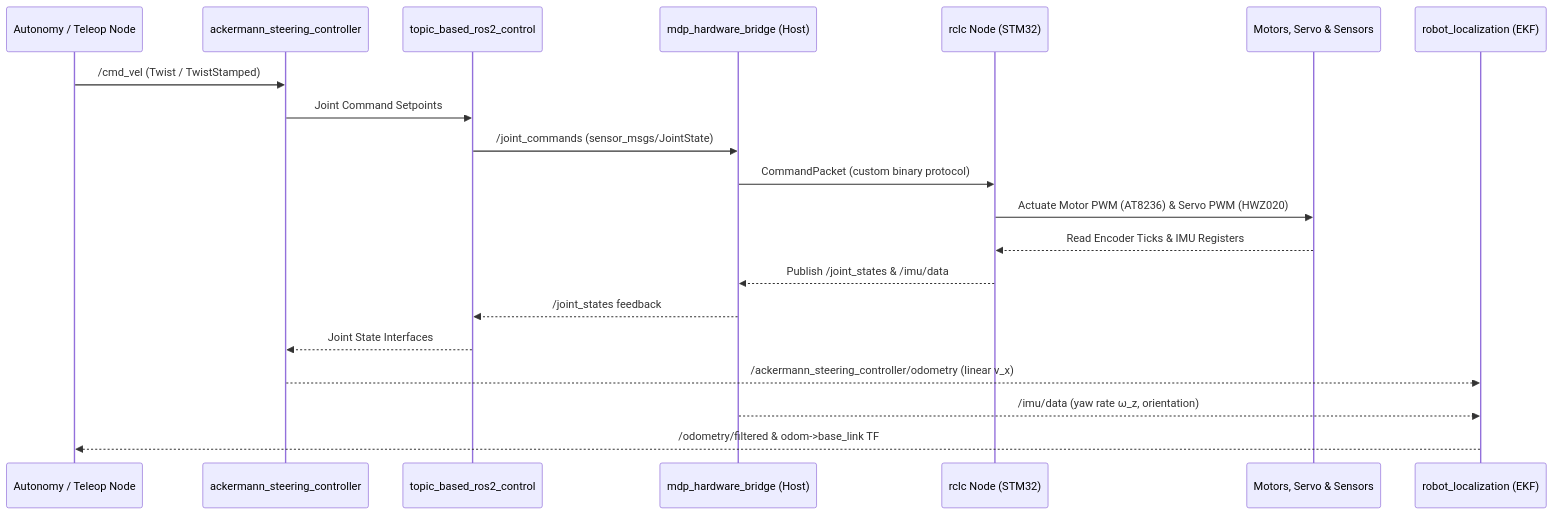
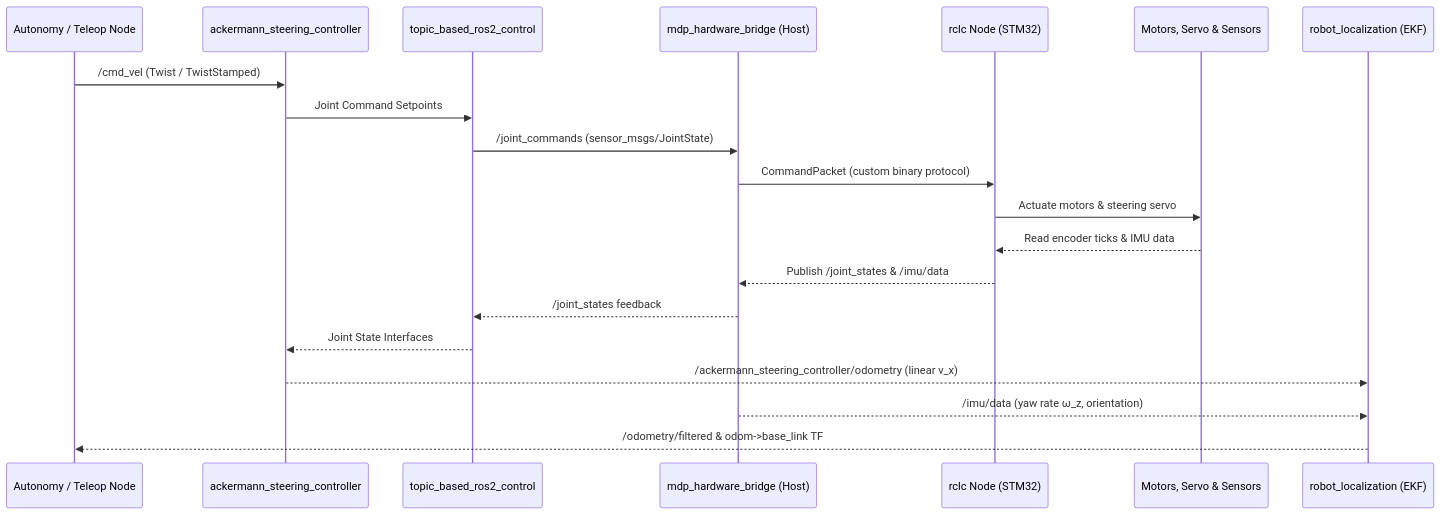
The third of 3 diagrams in docs/architecture.md (Alvin0523/mdp), drawn with Mermaid before and after one commit. The commit also changed other lines of this file and 20 other files, not shown here.

````diff
--- a/docs/architecture.md
+++ b/docs/architecture.md
@@ -91,24 +114,24 @@
 ```mermaid
 sequenceDiagram
   participant User as Autonomy / Teleop Node
   participant ASC as ackermann_steering_controller
   participant HWI as topic_based_ros2_control
   participant Agent as mdp_hardware_bridge (Host)
   participant MCU as rclc Node (STM32)
   participant HW as Motors, Servo & Sensors
   participant EKF as robot_localization (EKF)
 
   User->>ASC: /cmd_vel (Twist / TwistStamped)
   ASC->>HWI: Joint Command Setpoints
   HWI->>Agent: /joint_commands (sensor_msgs/JointState)
   Agent->>MCU: CommandPacket (custom binary protocol)
-  MCU->>HW: Actuate Motor PWM (AT8236) & Servo PWM (HWZ020)
+  MCU->>HW: Actuate motors & steering servo
   
-  HW-->>MCU: Read Encoder Ticks & IMU Registers
+  HW-->>MCU: Read encoder ticks & IMU data
   MCU-->>Agent: Publish /joint_states & /imu/data
   Agent-->>HWI: /joint_states feedback
   HWI-->>ASC: Joint State Interfaces
   ASC-->>EKF: /ackermann_steering_controller/odometry (linear v_x)
   Agent-->>EKF: /imu/data (yaw rate ω_z, orientation)
   EKF-->>User: /odometry/filtered & odom->base_link TF
 ```
````
